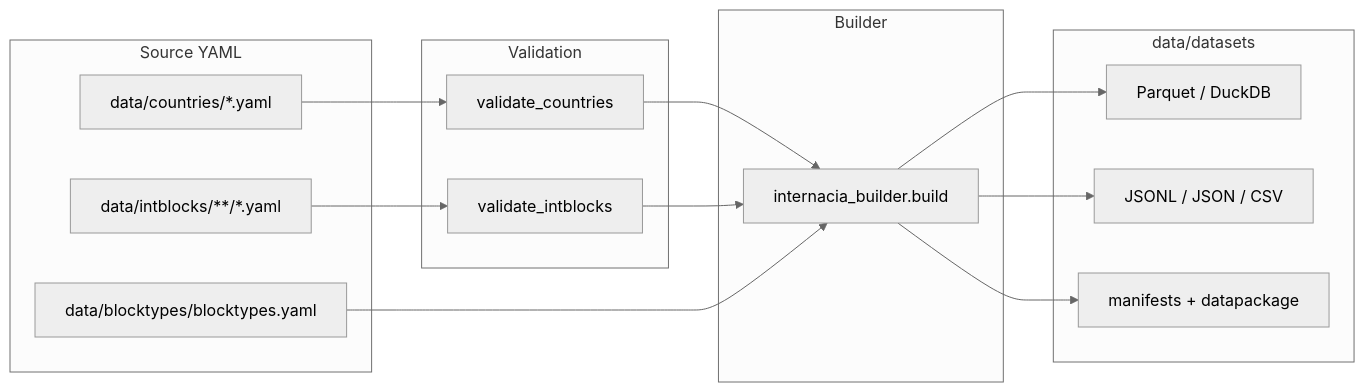
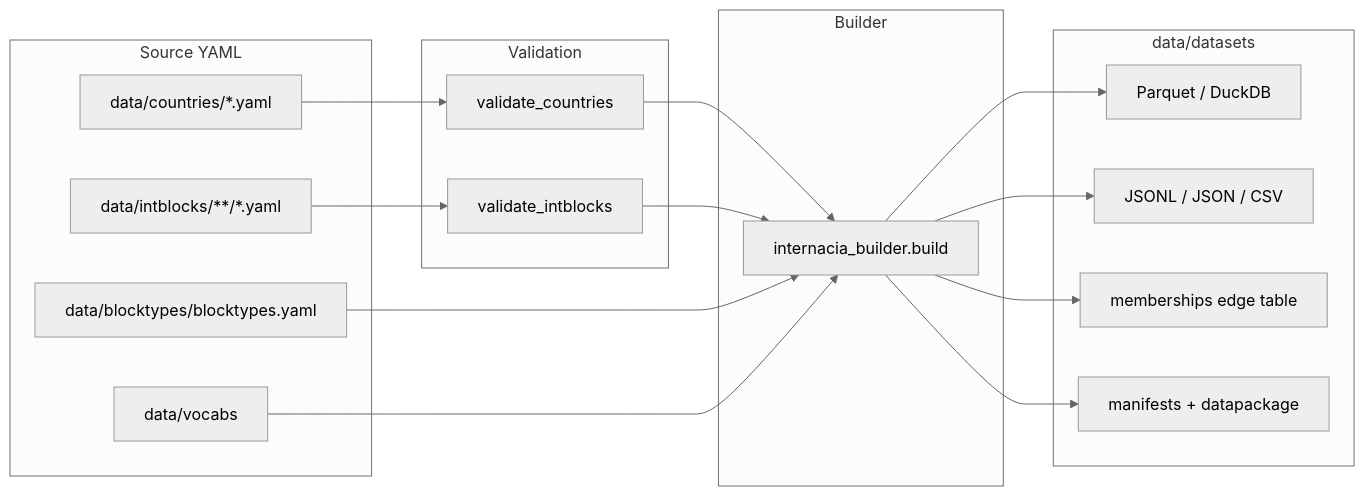
One commit to datenoio/internacia-db changed the diagram in docs/architecture.md. Above: the diagram before and after it, drawn with Mermaid (neutral theme). The commit also changed other lines of this file and 50 other files, not shown here.

````diff
--- a/docs/architecture.md
+++ b/docs/architecture.md
@@ -3,30 +9,34 @@
 ```mermaid
 flowchart LR
   subgraph sources [Source YAML]
-    C[data/countries/*.yaml]
-    I[data/intblocks/**/*.yaml]
+    C["data/countries/*.yaml"]
+    I["data/intblocks/**/*.yaml"]
     B[data/blocktypes/blocktypes.yaml]
+    V[data/vocabs]
   end
 
   subgraph validate [Validation]
     VC[validate_countries]
     VI[validate_intblocks]
   end
 
   subgraph build [Builder]
     BL[internacia_builder.build]
   end
 
   subgraph exports [data/datasets]
     PQ[Parquet / DuckDB]
     JL[JSONL / JSON / CSV]
+    MEM[memberships edge table]
     META[manifests + datapackage]
   end
 
   C --> VC --> BL
   I --> VI --> BL
   B --> BL
+  V --> BL
   BL --> PQ
   BL --> JL
+  BL --> MEM
   BL --> META
 ```
````
